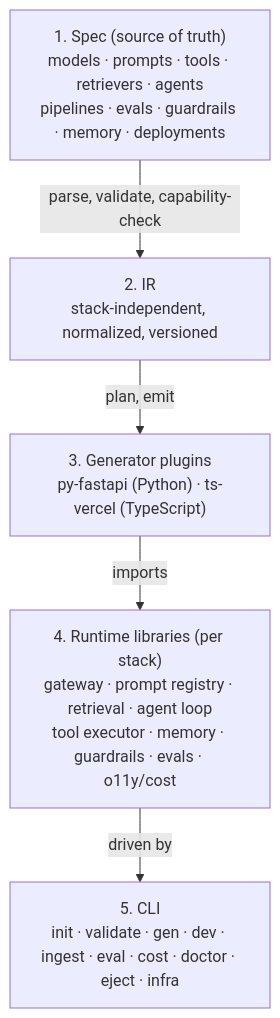
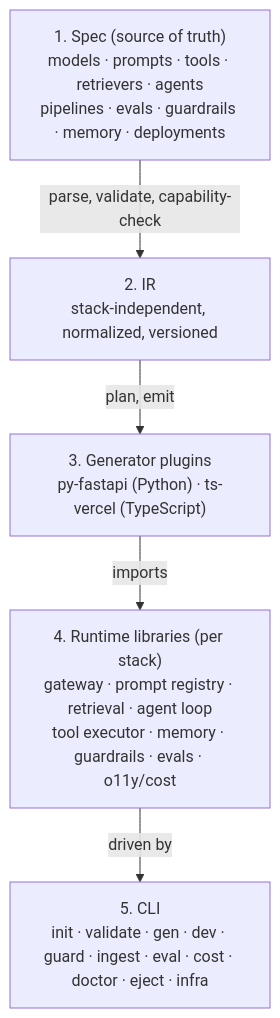
One commit to aid-framework/aid-framework changed the diagram in README.md. Above: the diagram before and after it, drawn with Mermaid. The commit also changed other lines of this file and 18 other files, not shown here.

````diff
--- a/README.md
+++ b/README.md
@@ -46,12 +46,12 @@
 ```mermaid
 flowchart TD
     A["1. Spec (source of truth)<br/>models · prompts · tools · retrievers · agents<br/>pipelines · evals · guardrails · memory · deployments"]
     B["2. IR<br/>stack-independent, normalized, versioned"]
     C["3. Generator plugins<br/>py-fastapi (Python) · ts-vercel (TypeScript)"]
     D["4. Runtime libraries (per stack)<br/>gateway · prompt registry · retrieval · agent loop<br/>tool executor · memory · guardrails · evals · o11y/cost"]
-    E["5. CLI<br/>init · validate · gen · dev · ingest · eval · cost · doctor · eject · infra"]
+    E["5. CLI<br/>init · validate · gen · dev · guard · ingest · eval · cost · doctor · eject · infra"]
     A -->|parse, validate, capability-check| B
     B -->|plan, emit| C
     C -->|imports| D
     D -->|driven by| E
 ```
````
